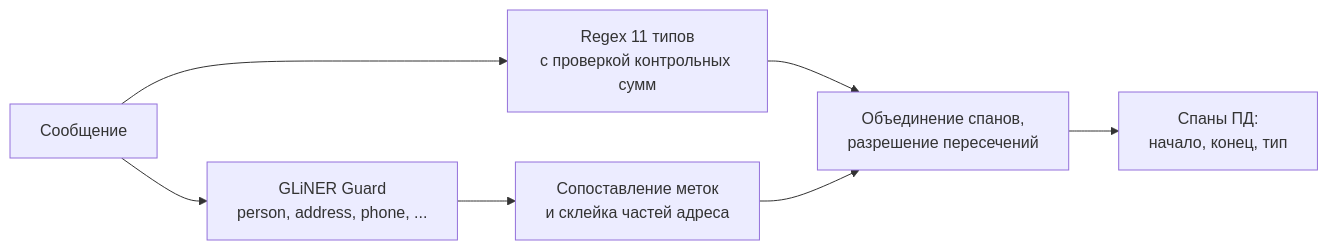
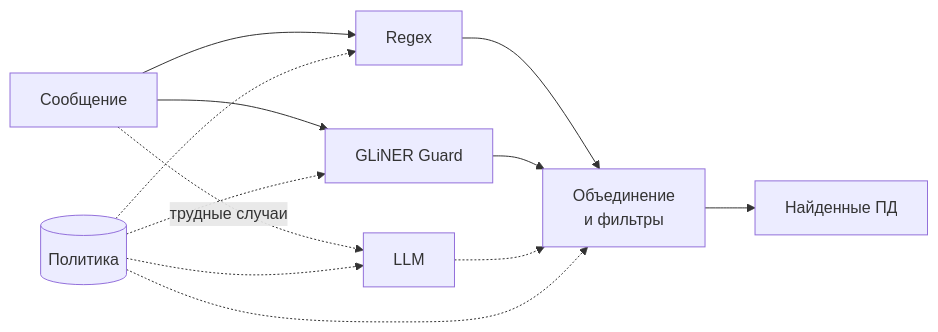
One commit to Bolshoipudel/MLSD_PII_AGENT changed the second of 3 diagrams in docs/ml_system_design_doc.md. Above: the diagram before and after it, drawn with Mermaid. The commit also changed other lines of this file, not shown here.

Commit message:
upd schemas

````diff
--- a/docs/ml_system_design_doc.md
+++ b/docs/ml_system_design_doc.md
@@ -197,9 +192,11 @@
 ```mermaid
 flowchart LR
-    T["Сообщение"] --> R["Regex 11 типов<br/>с проверкой контрольных сумм"]
-    T --> G["GLiNER Guard<br/>person, address, phone, ..."]
-    G --> MAP["Сопоставление меток<br/>и склейка частей адреса"]
-    R --> M["Объединение спанов,<br/>разрешение пересечений"]
-    MAP --> M
-    M --> O["Спаны ПД:<br/>начало, конец, тип"]
+    T["Сообщение"] --> R["Regex"]
+    T --> G["GLiNER Guard"]
+    T -.->|"трудные случаи"| L["LLM"]
+    R --> M["Объединение<br/>и фильтры"]
+    G --> M
+    L -.-> M
+    M --> O["Найденные ПД"]
+    P[("Политика")] -.-> R & G & L & M
 ```
````
